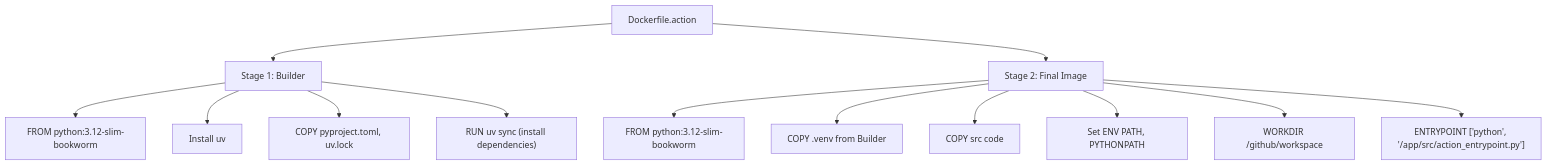
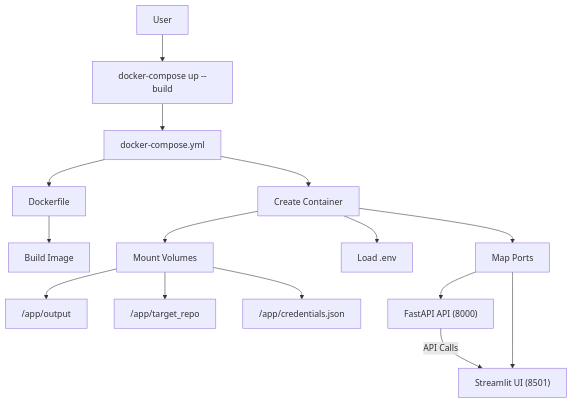
The sixth of 19 diagrams in examples/wiki_as_README.md (catuscio/wiki-as-readme), drawn with Mermaid before and after one commit. The commit also changed other lines of this file, not shown here.

Commit message:
✨📚 Update examples/wiki_as_README.md via Wiki-As-Readme Action (en)

````diff
--- a/examples/wiki_as_README.md
+++ b/examples/wiki_as_README.md
@@ -707,16 +941,17 @@
 ```mermaid
 graph TD
-    A["Dockerfile.action"] --> B["Stage 1: Builder"];
-    B --> B1["FROM python:3.12-slim-bookworm"];
-    B --> B2["Install uv"];
-    B --> B3["COPY pyproject.toml, uv.lock"];
-    B --> B4["RUN uv sync (install dependencies)"];
-
-    A --> C["Stage 2: Final Image"];
-    C --> C1["FROM python:3.12-slim-bookworm"];
-    C --> C2["COPY .venv from Builder"];
-    C --> C3["COPY src code"];
-    C --> C4["Set ENV PATH, PYTHONPATH"];
-    C --> C5["WORKDIR /github/workspace"];
-    C --> C6["ENTRYPOINT ['python', '/app/src/action_entrypoint.py']"];
+    A["User"] --> B["docker-compose up --build"]
+    B --> C["docker-compose.yml"]
+    C --> D["Dockerfile"]
+    D --> E["Build Image"]
+    C --> F["Create Container"]
+    F --> G["Mount Volumes"]
+    F --> H["Load .env"]
+    F --> I["Map Ports"]
+    I --> J["FastAPI API (8000)"]
+    I --> K["Streamlit UI (8501)"]
+    G --> L["/app/output"]
+    G --> M["/app/target_repo"]
+    G --> N["/app/credentials.json"]
+    J -- "API Calls" --> K
 ```
````
